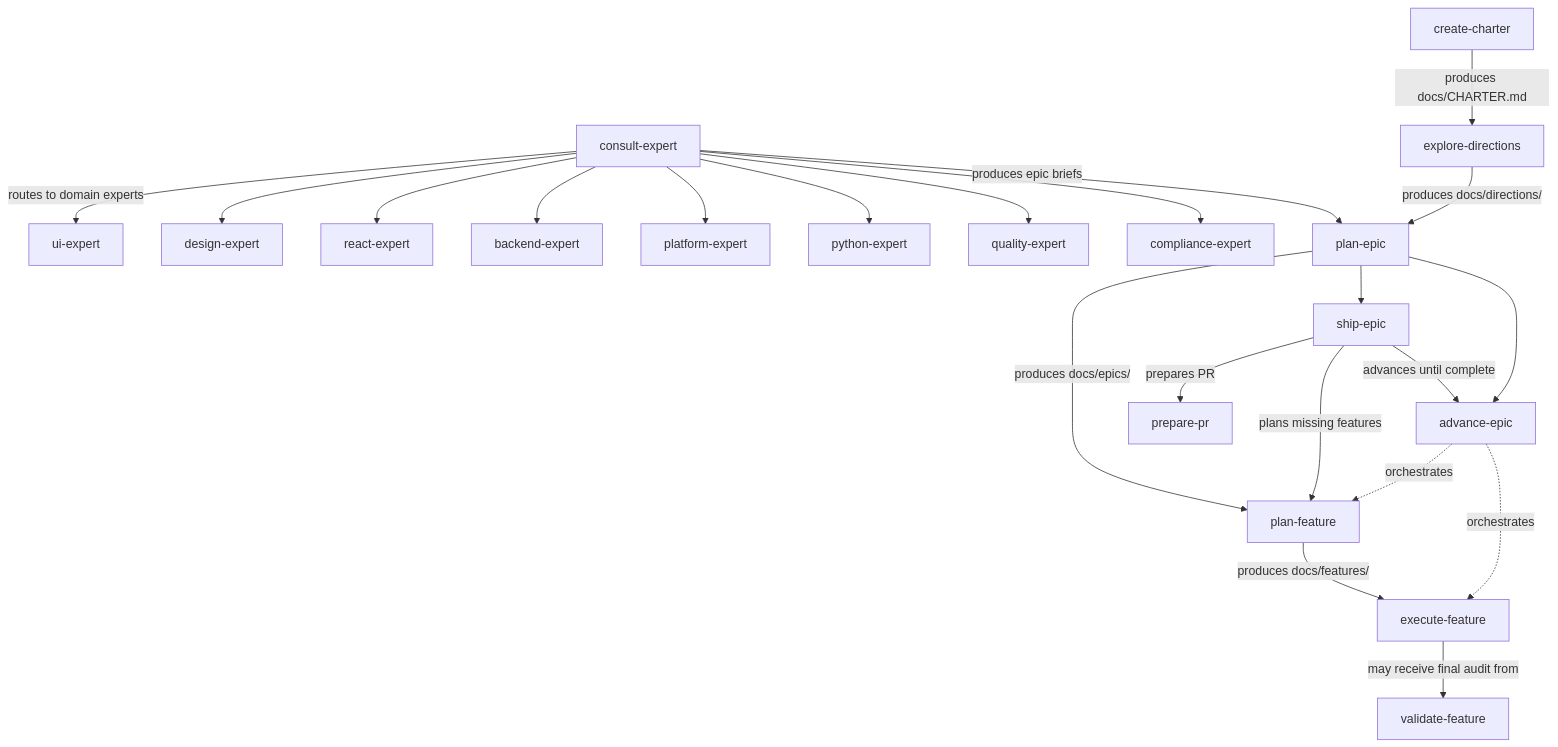
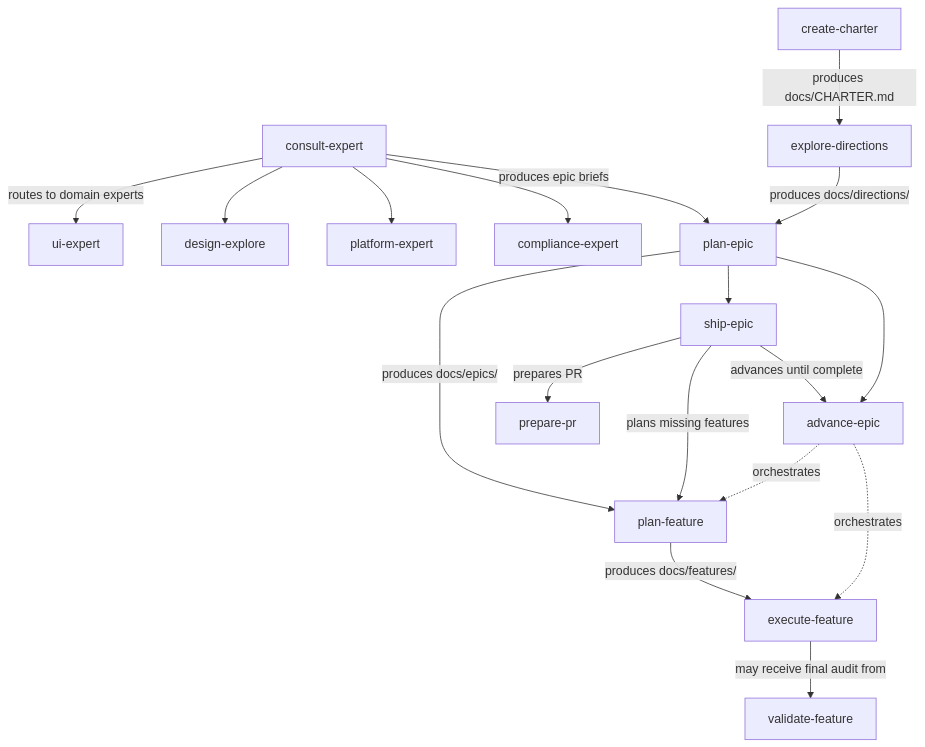
The second of 9 diagrams in README.md (pnewsam/skills), drawn with Mermaid before and after one commit. The commit also changed other lines of this file and 8 other files, not shown here.

````diff
--- a/README.md
+++ b/README.md
@@ -116,24 +116,20 @@
 ```mermaid
 flowchart TD
     CE[consult-expert] -->|routes to domain experts| UE[ui-expert]
-    CE --> DX[design-expert]
-    CE --> RE[react-expert]
-    CE --> BE[backend-expert]
+    CE --> DE[design-explore]
     CE --> PL[platform-expert]
-    CE --> PY[python-expert]
-    CE --> QE[quality-expert]
     CE --> CX[compliance-expert]
     CE -->|produces epic briefs| PE
     CC[create-charter] -->|produces docs/CHARTER.md| ED[explore-directions]
     ED -->|produces docs/directions/| PE[plan-epic]
     PE -->|produces docs/epics/| PF[plan-feature]
     PE --> SP[ship-epic]
     SP -->|plans missing features| PF
     SP -->|advances until complete| AE
     SP -->|prepares PR| PPR[prepare-pr]
     PF -->|produces docs/features/| EF[execute-feature]
     EF -->|may receive final audit from| VF[validate-feature]
     PE --> AE[advance-epic]
     AE -.->|orchestrates| PF
     AE -.->|orchestrates| EF
 ```
````
